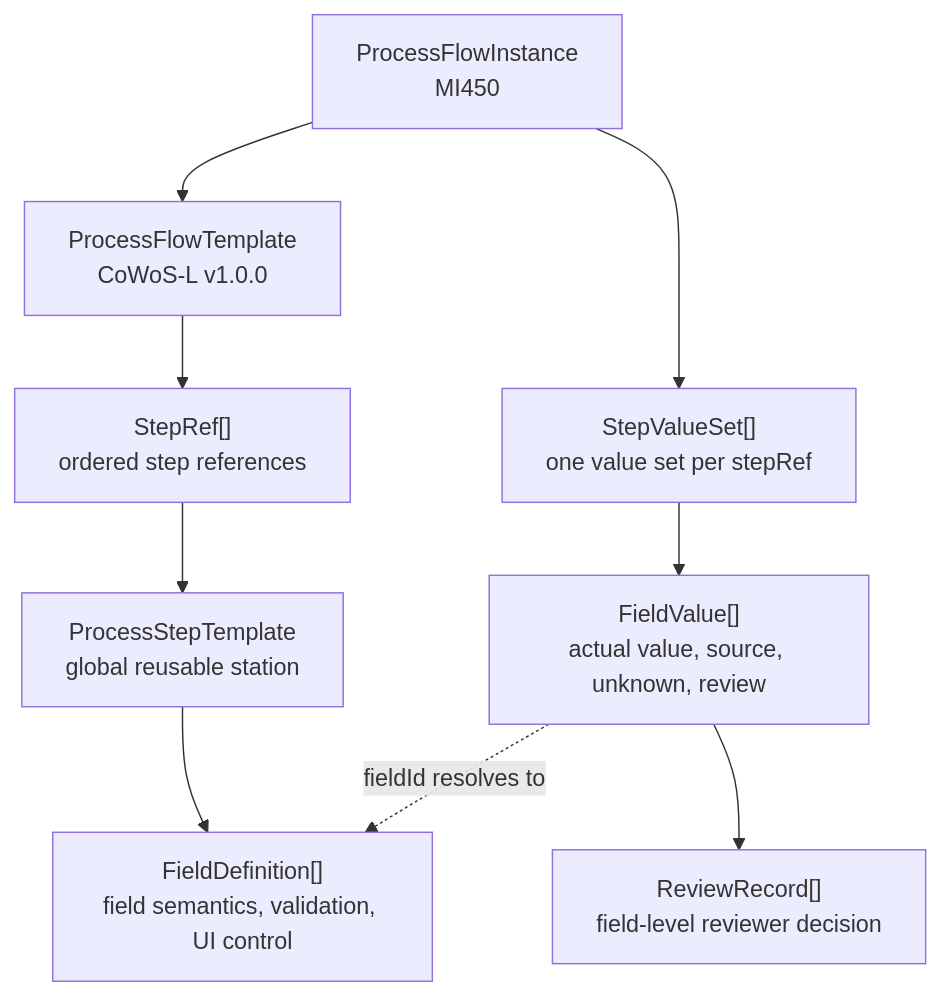
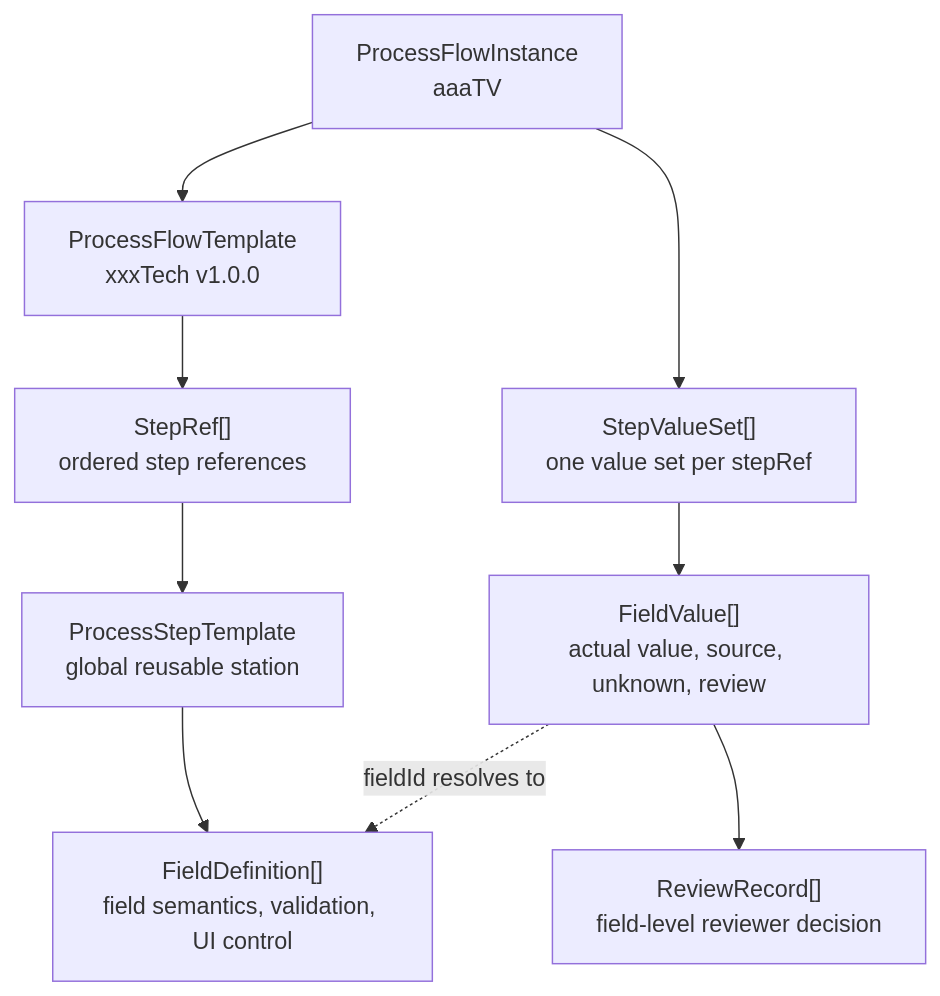
Before and after one commit to henry861010/process-flow: the diagram in docs/development-document.md, drawn with Mermaid. The commit also changed other lines of this file and 5 other files, not shown here.

````diff
--- a/docs/development-document.md
+++ b/docs/development-document.md
@@ -47,20 +47,20 @@
 ```mermaid
 flowchart TD
   stepTemplate["ProcessStepTemplate<br/>global reusable station"]
   fieldDefinition["FieldDefinition[]<br/>field semantics, validation, UI control"]
-  flowTemplate["ProcessFlowTemplate<br/>CoWoS-L v1.0.0"]
+  flowTemplate["ProcessFlowTemplate<br/>xxxTech v1.0.0"]
   stepRef["StepRef[]<br/>ordered step references"]
-  instance["ProcessFlowInstance<br/>MI450"]
+  instance["ProcessFlowInstance<br/>aaaTV"]
   valueSet["StepValueSet[]<br/>one value set per stepRef"]
   fieldValue["FieldValue[]<br/>actual value, source, unknown, review"]
   reviewRecord["ReviewRecord[]<br/>field-level reviewer decision"]
 
   stepTemplate --> fieldDefinition
   flowTemplate --> stepRef
   stepRef --> stepTemplate
   instance --> flowTemplate
   instance --> valueSet
   valueSet --> fieldValue
   fieldValue -. "fieldId resolves to" .-> fieldDefinition
   fieldValue --> reviewRecord
 ```
````
